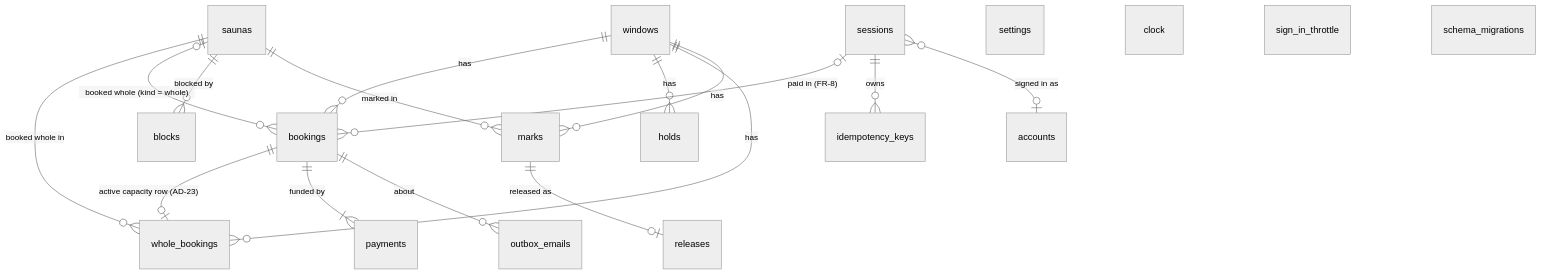
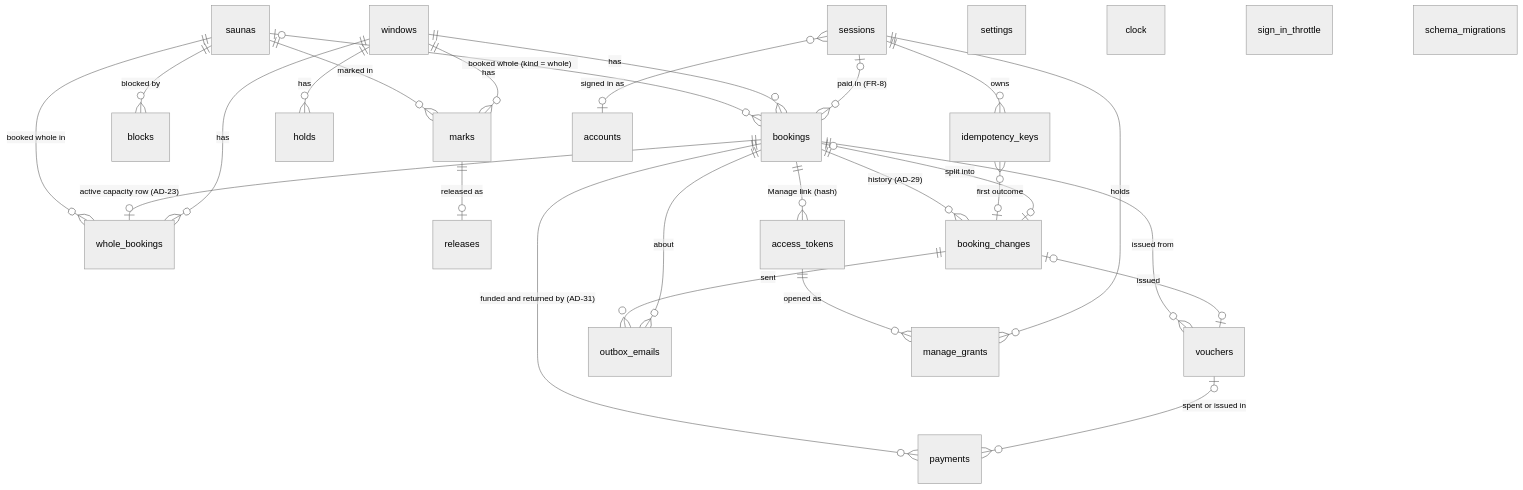
One commit to IBE160-2026/G78-larsen changed the third of 3 diagrams in .docs/planning-artifacts/architecture/architecture-booking-platform-2026-11-03/ARCHITECTURE-SPINE.md. Above: the diagram before and after it, drawn with Mermaid (neutral theme). The commit also changed other lines of this file and 5 other files, not shown here.

````diff
--- a/.docs/planning-artifacts/architecture/architecture-booking-platform-2026-11-03/ARCHITECTURE-SPINE.md
+++ b/.docs/planning-artifacts/architecture/architecture-booking-platform-2026-11-03/ARCHITECTURE-SPINE.md
@@ -404,22 +504,32 @@
 ```mermaid
 erDiagram
   saunas ||--o{ whole_bookings : "booked whole in"
   bookings ||--o| whole_bookings : "active capacity row (AD-23)"
   saunas |o--o{ bookings : "booked whole (kind = whole)"
   saunas ||--o{ blocks : "blocked by"
   saunas ||--o{ marks : "marked in"
   windows ||--o{ bookings : has
   windows ||--o{ holds : has
   windows ||--o{ whole_bookings : has
   windows ||--o{ marks : has
   marks ||--o| releases : "released as"
-  bookings ||--|{ payments : "funded by"
+  bookings ||--o{ payments : "funded and returned by (AD-31)"
+  vouchers |o--o{ payments : "spent or issued in"
+  bookings ||--o{ vouchers : "issued from"
+  bookings ||--o{ booking_changes : "history (AD-29)"
+  booking_changes |o--o| vouchers : "issued"
+  booking_changes |o--o| bookings : "split into"
+  booking_changes ||--o{ outbox_emails : "sent"
+  idempotency_keys }o--o| booking_changes : "first outcome"
+  bookings ||--o{ access_tokens : "Manage link (hash)"
+  access_tokens ||--o{ manage_grants : "opened as"
+  sessions ||--o{ manage_grants : holds
   bookings ||--o{ outbox_emails : about
   sessions |o--o{ bookings : "paid in (FR-8)"
   sessions ||--o{ idempotency_keys : owns
   sessions }o--o| accounts : "signed in as"
   settings
   clock
   sign_in_throttle
   schema_migrations
 ```
````
